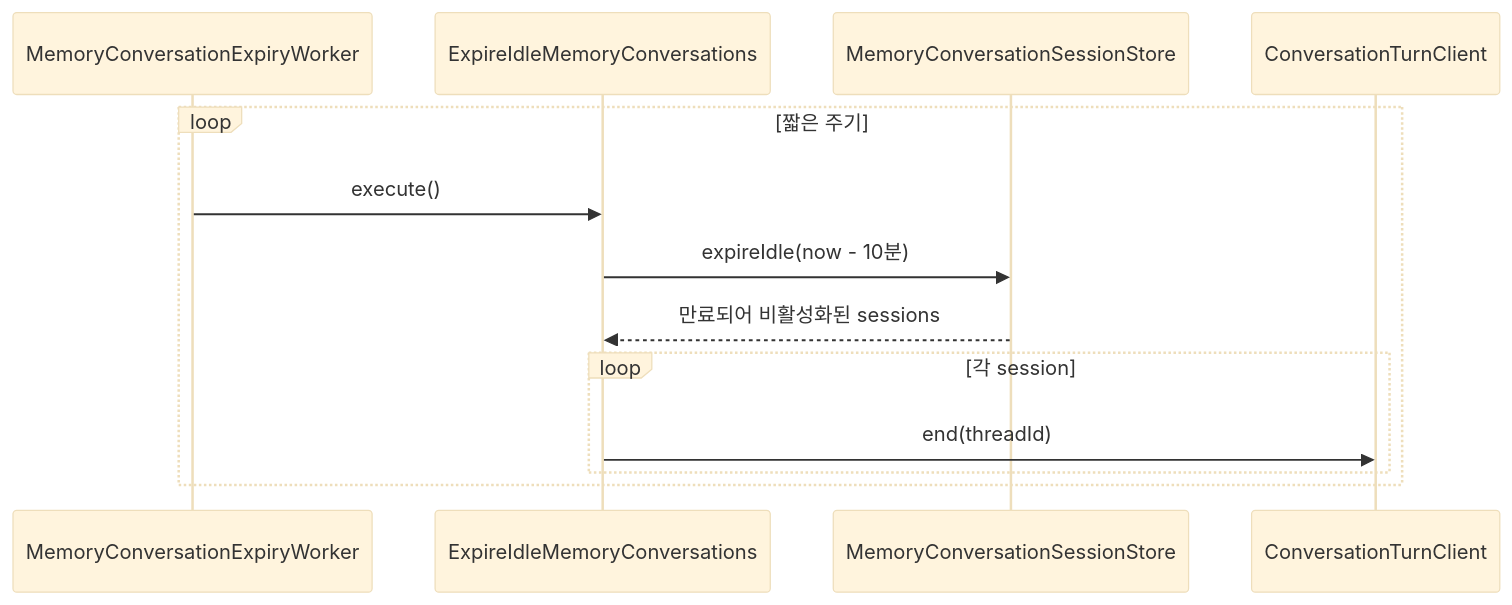
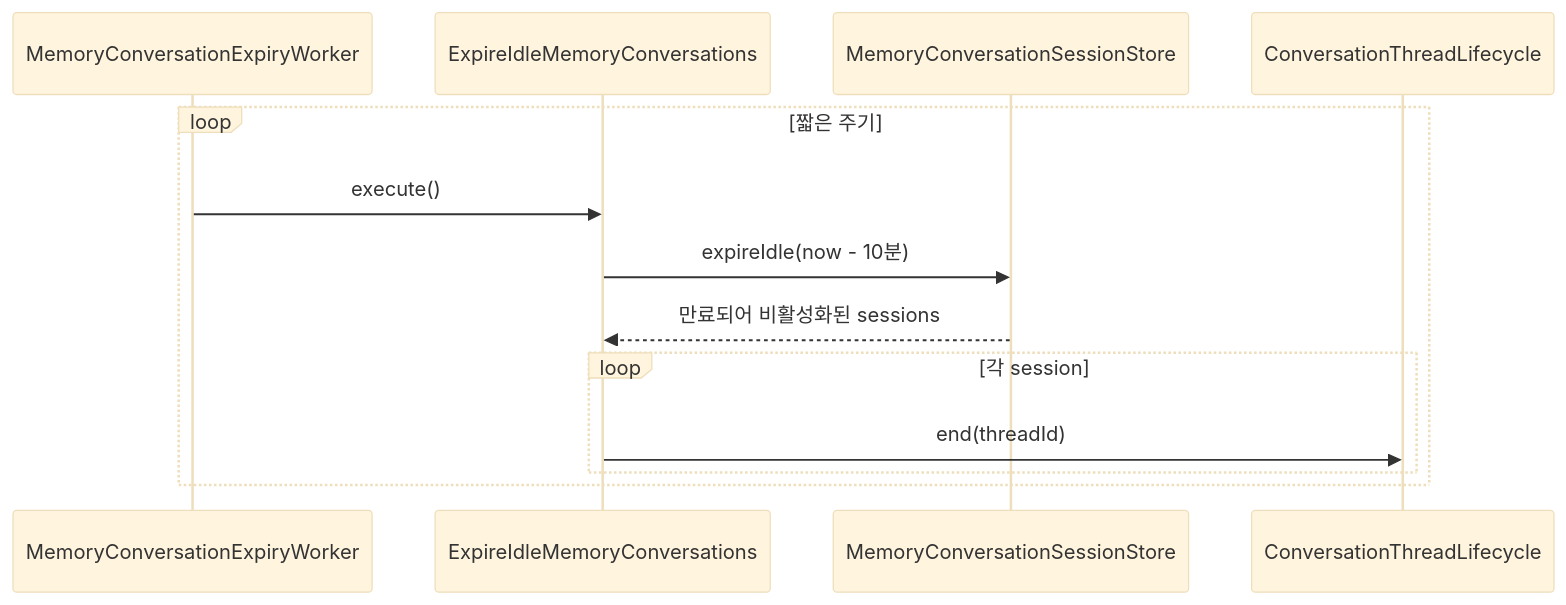
The second of 3 diagrams in application/src/main/kotlin/com/homeassistant/application/usecase/memory/conversation/README.md (magenta1223/home_assistant), drawn with Mermaid (base theme) before and after one commit. The commit also changed other lines of this file and 23 other files, not shown here.

Commit message:
refactor: separate thread lifecycle and turn client

````diff
--- a/application/src/main/kotlin/com/homeassistant/application/usecase/memory/conversation/README.md
+++ b/application/src/main/kotlin/com/homeassistant/application/usecase/memory/conversation/README.md
@@ -56,16 +56,16 @@
 ```mermaid
 sequenceDiagram
     participant Worker as MemoryConversationExpiryWorker
     participant Expiry as ExpireIdleMemoryConversations
     participant Sessions as MemoryConversationSessionStore
-    participant Client as ConversationTurnClient
+    participant Lifecycle as ConversationThreadLifecycle
 
     loop 짧은 주기
         Worker->>Expiry: execute()
         Expiry->>Sessions: expireIdle(now - 10분)
         Sessions-->>Expiry: 만료되어 비활성화된 sessions
         loop 각 session
-            Expiry->>Client: end(threadId)
+            Expiry->>Lifecycle: end(threadId)
         end
     end
 ```
````
